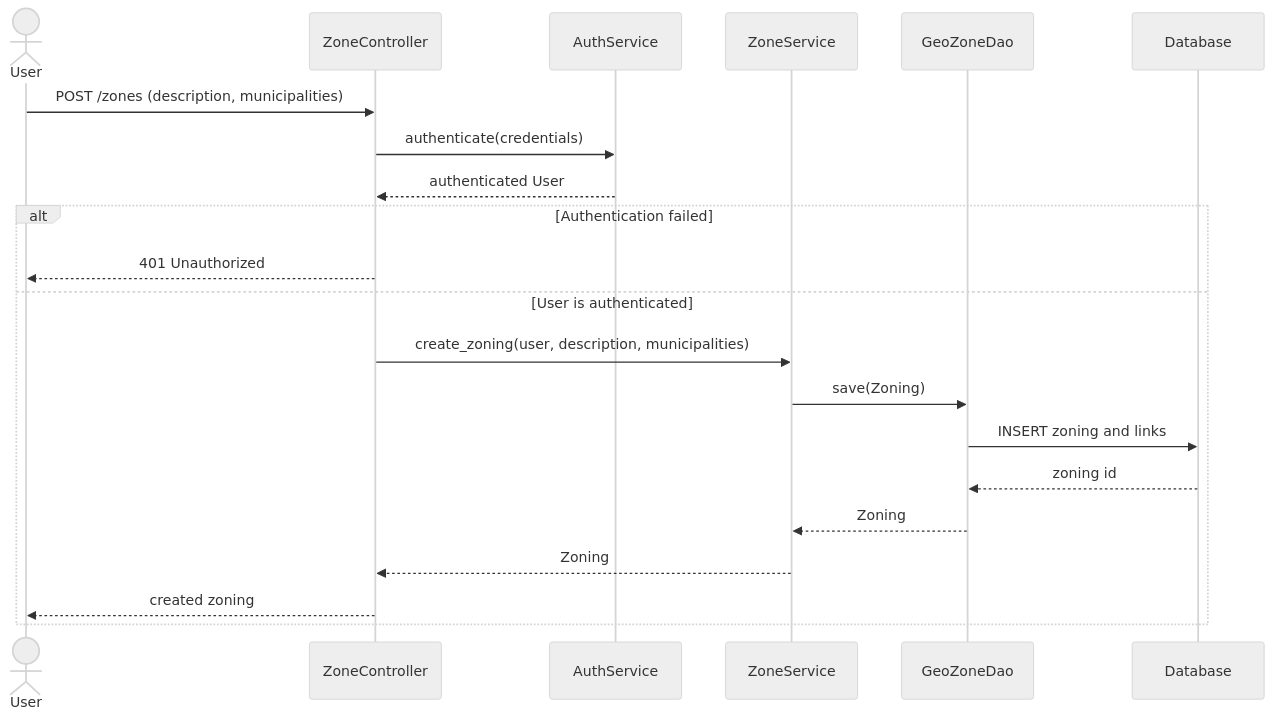
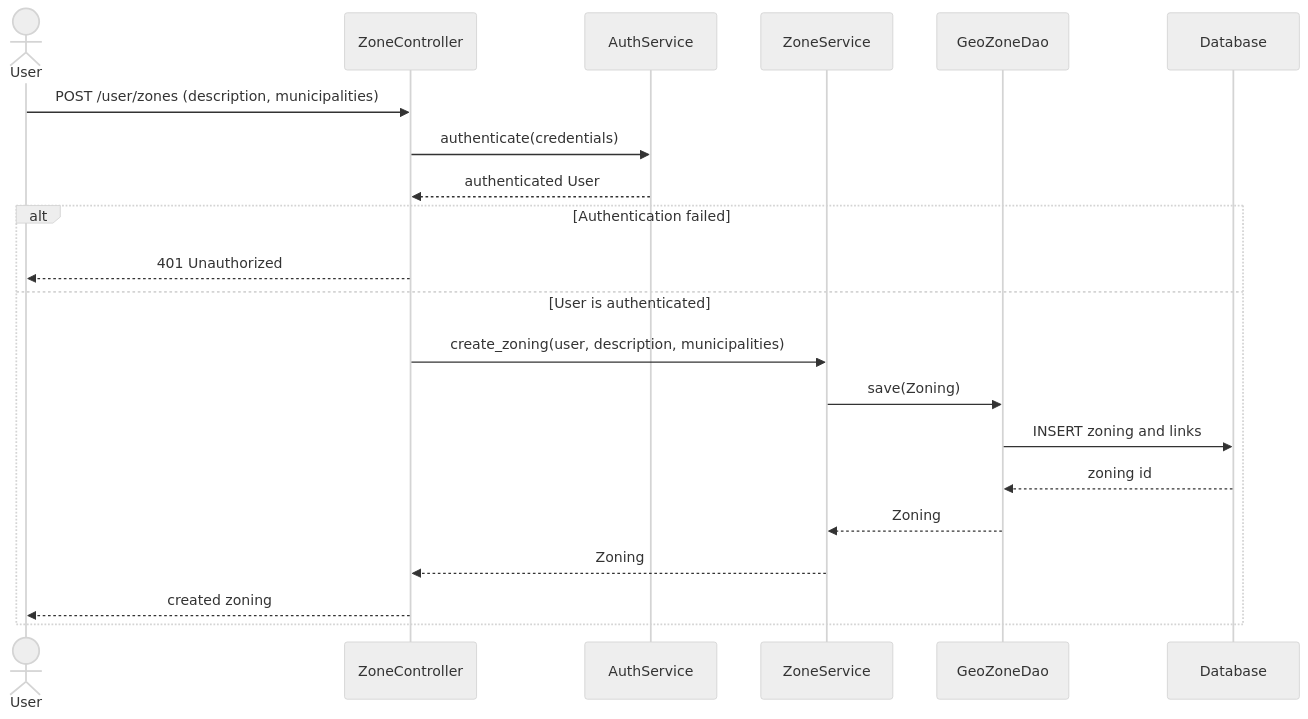
One commit to gabriel-dahan/ensai-it-project-2a-team12 changed the third of 3 diagrams in doc/sequence_diagram.md. Above: the diagram before and after it, drawn with Mermaid (neutral theme).

Commit message:
Sequence diagram

````diff
--- a/doc/sequence_diagram.md
+++ b/doc/sequence_diagram.md
@@ -103,25 +103,25 @@
 ```mermaid
 sequenceDiagram
     actor User
     participant Controller as ZoneController
     participant AuthSvc as AuthService
     participant ZoneSvc as ZoneService
     participant ZoneDao as GeoZoneDao
     participant DB as Database
 
-    User->>Controller: POST /zones (description, municipalities)
+    User->>Controller: POST /user/zones (description, municipalities)
     Controller->>AuthSvc: authenticate(credentials)
     AuthSvc-->>Controller: authenticated User
 
     alt Authentication failed
         Controller-->>User: 401 Unauthorized
     else User is authenticated
         Controller->>ZoneSvc: create_zoning(user, description, municipalities)
         ZoneSvc->>ZoneDao: save(Zoning)
         ZoneDao->>DB: INSERT zoning and links
         DB-->>ZoneDao: zoning id
         ZoneDao-->>ZoneSvc: Zoning
         ZoneSvc-->>Controller: Zoning
         Controller-->>User: created zoning
     end
 ```
````
